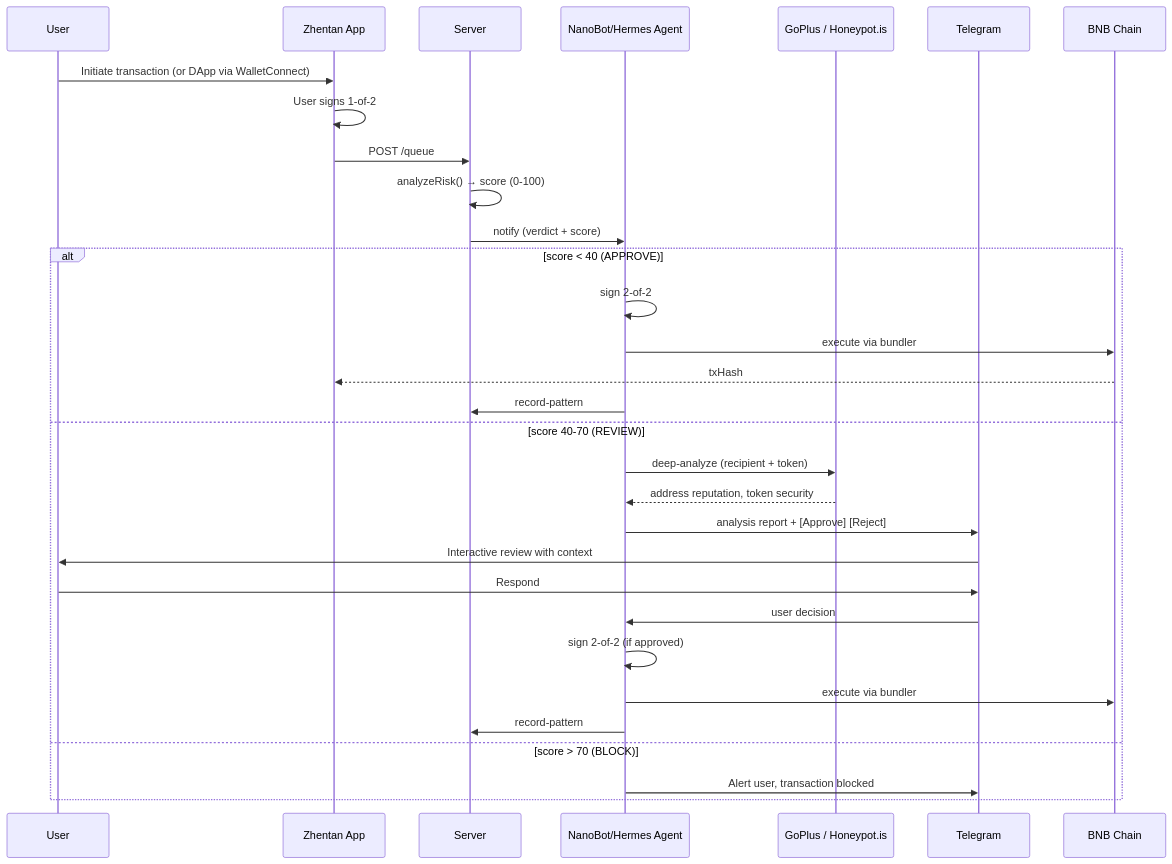
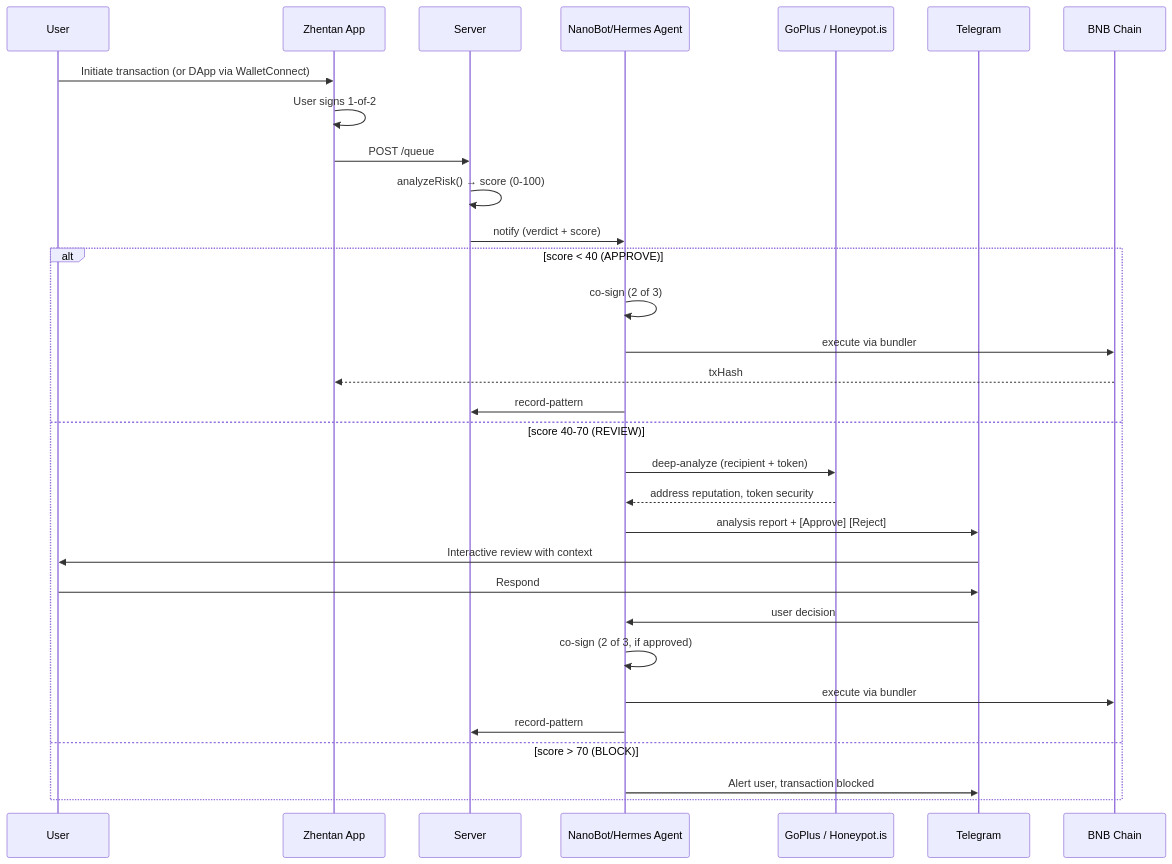
The diagram in docs/PROJECT.md (zhentanme/zhentan), drawn with Mermaid before and after one commit. The commit also changed other lines of this file and 57 other files, not shown here.

````diff
--- a/docs/PROJECT.md
+++ b/docs/PROJECT.md
@@ -31,34 +31,34 @@
 ```mermaid
 sequenceDiagram
     participant U as User
     participant App as Zhentan App
     participant S as Server
     participant OC as NanoBot/Hermes Agent
     participant EXT as GoPlus / Honeypot.is
     participant TG as Telegram
     participant BC as BNB Chain
 
     U->>App: Initiate transaction (or DApp via WalletConnect)
     App->>App: User signs 1-of-2
     App->>S: POST /queue
     S->>S: analyzeRisk() → score (0-100)
     S->>OC: notify (verdict + score)
     alt score < 40 (APPROVE)
-        OC->>OC: sign 2-of-2
+        OC->>OC: co-sign (2 of 3)
         OC->>BC: execute via bundler
         BC-->>App: txHash
         OC->>S: record-pattern
     else score 40-70 (REVIEW)
         OC->>EXT: deep-analyze (recipient + token)
         EXT-->>OC: address reputation, token security
         OC->>TG: analysis report + [Approve] [Reject]
         TG->>U: Interactive review with context
         U->>TG: Respond
         TG->>OC: user decision
-        OC->>OC: sign 2-of-2 (if approved)
+        OC->>OC: co-sign (2 of 3, if approved)
         OC->>BC: execute via bundler
         OC->>S: record-pattern
     else score > 70 (BLOCK)
         OC->>TG: Alert user, transaction blocked
     end
 ```
````
